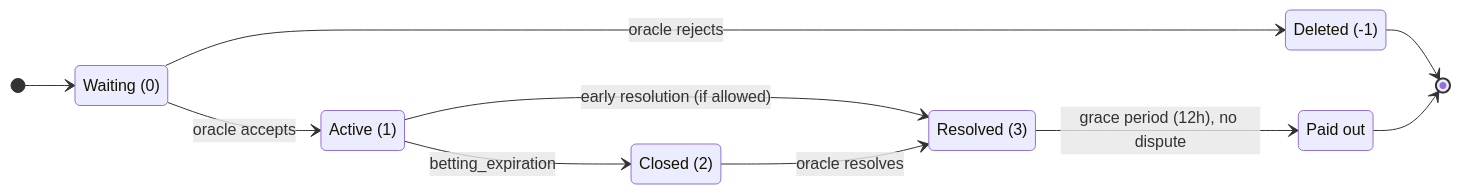
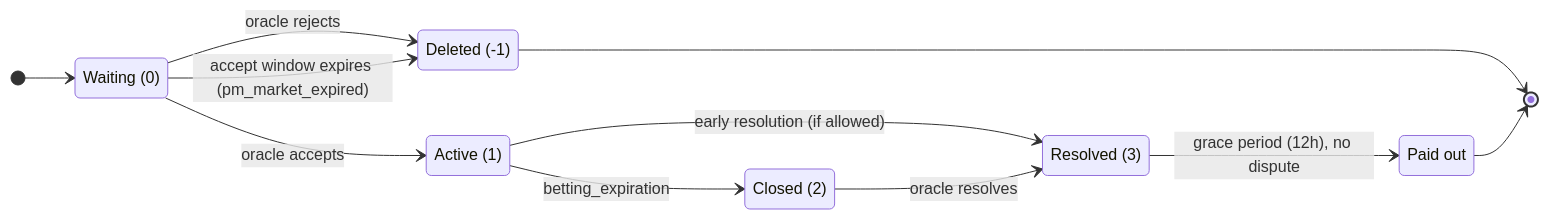
The diagram in docs/prediction-markets/specification.md (VIZ-Blockchain/viz-cpp-node), drawn with Mermaid before and after one commit. The commit also changed other lines of this file and 17 other files, not shown here.

First line of the commit message:
docs(prediction-markets): document accept window and lazy-pool min LP fee

````diff
--- a/docs/prediction-markets/specification.md
+++ b/docs/prediction-markets/specification.md
@@ -136,19 +137,20 @@
 ```mermaid
 stateDiagram-v2
   direction LR
   state "Waiting (0)" as Waiting
   state "Active (1)" as Active
   state "Closed (2)" as Closed
   state "Resolved (3)" as Resolved
   state "Deleted (-1)" as Deleted
   state "Paid out" as Paid
   [*] --> Waiting
   Waiting --> Active: oracle accepts
   Waiting --> Deleted: oracle rejects
+  Waiting --> Deleted: accept window expires (pm_market_expired)
   Active --> Closed: betting_expiration
   Active --> Resolved: early resolution (if allowed)
   Closed --> Resolved: oracle resolves
   Resolved --> Paid: grace period (12h), no dispute
   Deleted --> [*]
   Paid --> [*]
 ```
````
